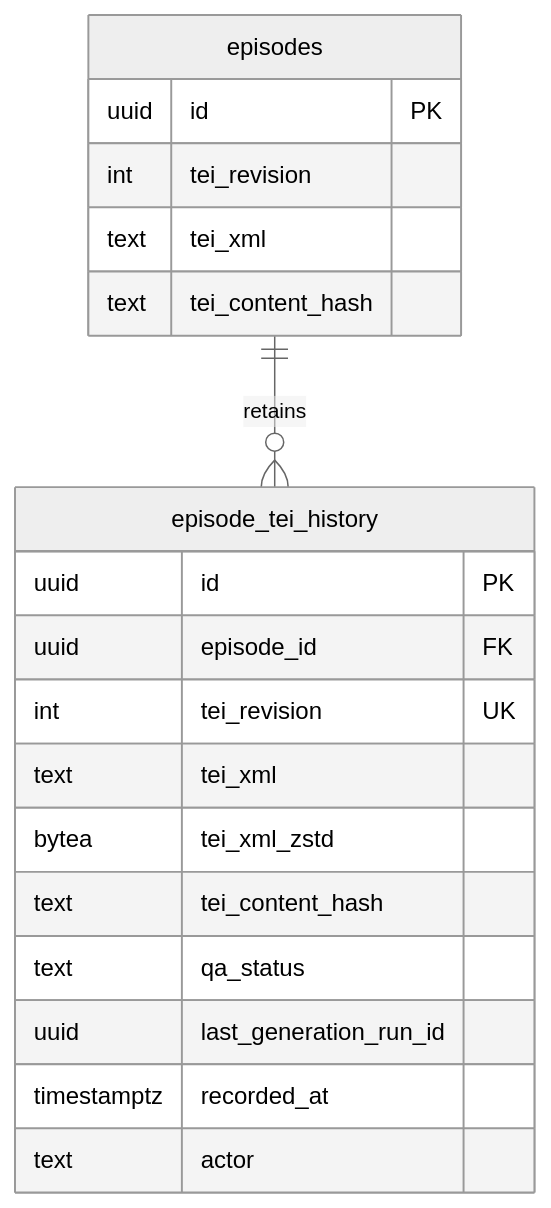
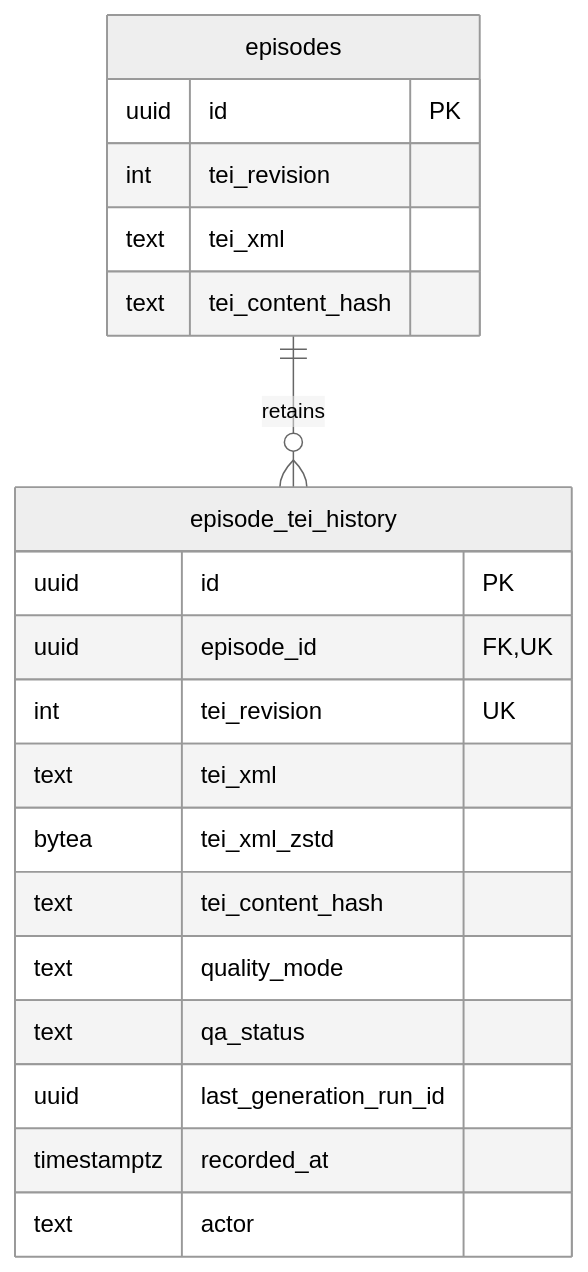
Before and after one commit to leynos/episodic: the seventh of 21 diagrams in docs/episodic-podcast-generation-system-design.md, drawn with Mermaid (neutral theme). The commit also changed other lines of this file and 1 other file, not shown here.

Commit message:
Clarify episode history documentation
Align the ADR index and episode-history diagram with the accepted schema
and improve the deletion-policy sentence punctuation.

````diff
--- a/docs/episodic-podcast-generation-system-design.md
+++ b/docs/episodic-podcast-generation-system-design.md
@@ -1047,22 +1047,23 @@
 ```mermaid
 erDiagram
     episodes ||--o{ episode_tei_history : retains
     episodes {
         uuid id PK
         int tei_revision
         text tei_xml
         text tei_content_hash
     }
     episode_tei_history {
         uuid id PK
-        uuid episode_id FK
+        uuid episode_id FK,UK
         int tei_revision UK
         text tei_xml
         bytea tei_xml_zstd
         text tei_content_hash
+        text quality_mode
         text qa_status
         uuid last_generation_run_id
         timestamptz recorded_at
         text actor
     }
 ```
````
